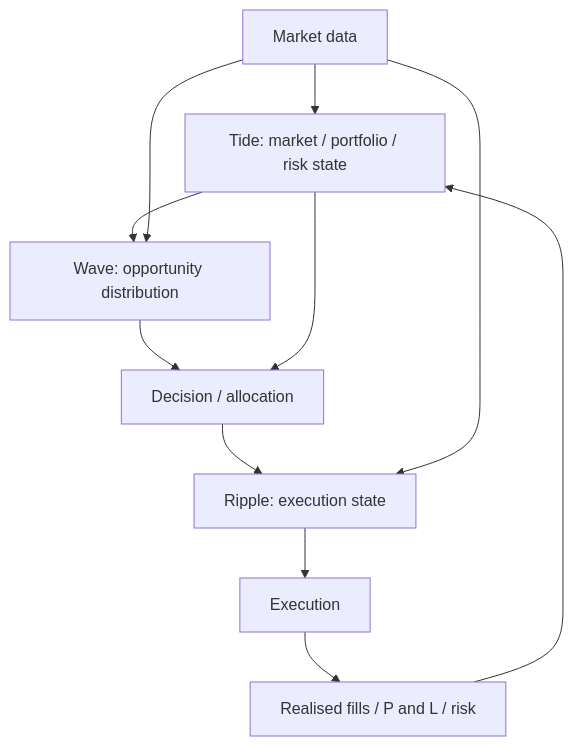
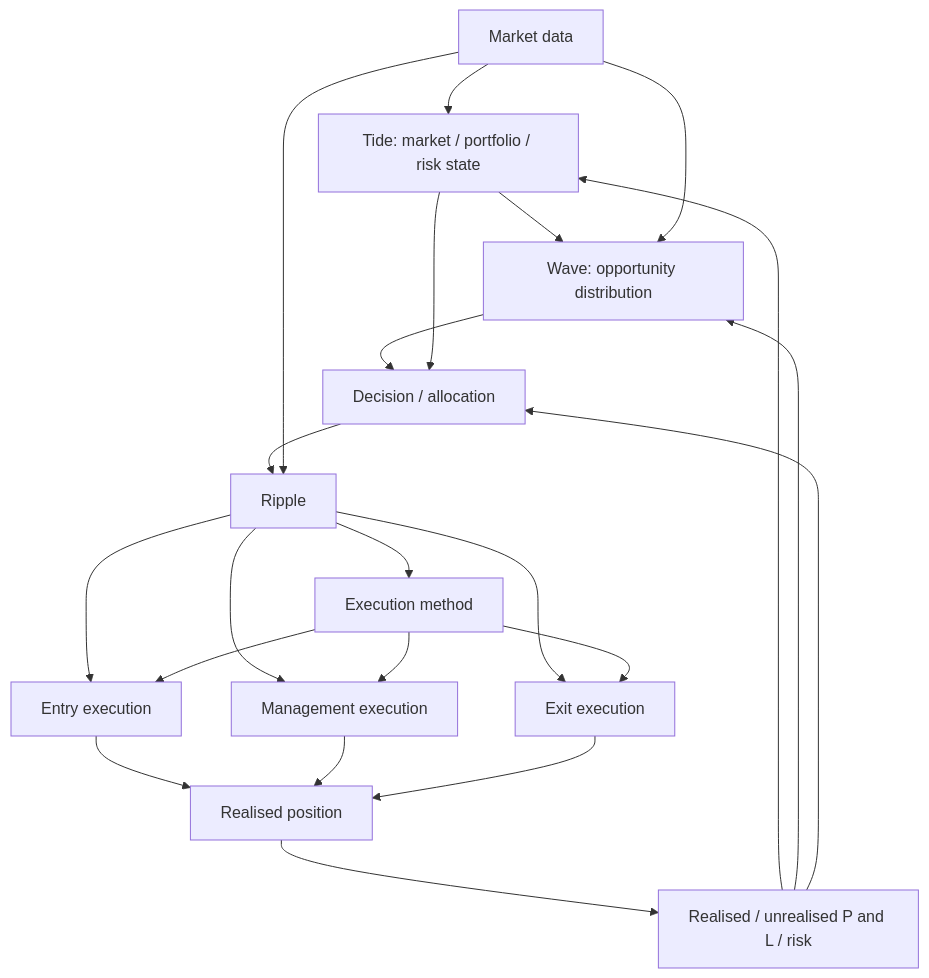
The second of 4 diagrams in strategy.new.md (Centheos1/trading), drawn with Mermaid before and after one commit. The commit also changed other lines of this file and 11 other files, not shown here.

First line of the commit message:
Record the strategy roadmap and the Oanda frontier research path.

````diff
--- a/strategy.new.md
+++ b/strategy.new.md
@@ -114,13 +153,24 @@
 ```mermaid
 flowchart TB
     MD[Market data] --> T[Tide: market / portfolio / risk state]
     T --> W[Wave: opportunity distribution]
     W --> D[Decision / allocation]
     T --> D
-    D --> R[Ripple: execution state]
-    R --> X[Execution]
-    X --> Y[Realised fills / P and L / risk]
+    D --> R[Ripple]
+    R --> RE[Entry execution]
+    R --> RP[Management execution]
+    R --> RX[Exit execution]
+    R --> RM[Execution method]
+    RE --> P[Realised position]
+    RP --> P
+    RX --> P
+    RM --> RE
+    RM --> RP
+    RM --> RX
+    P --> Y[Realised / unrealised P and L / risk]
     Y --> T
+    Y --> W
+    Y --> D
     MD --> W
     MD --> R
 ```
````
